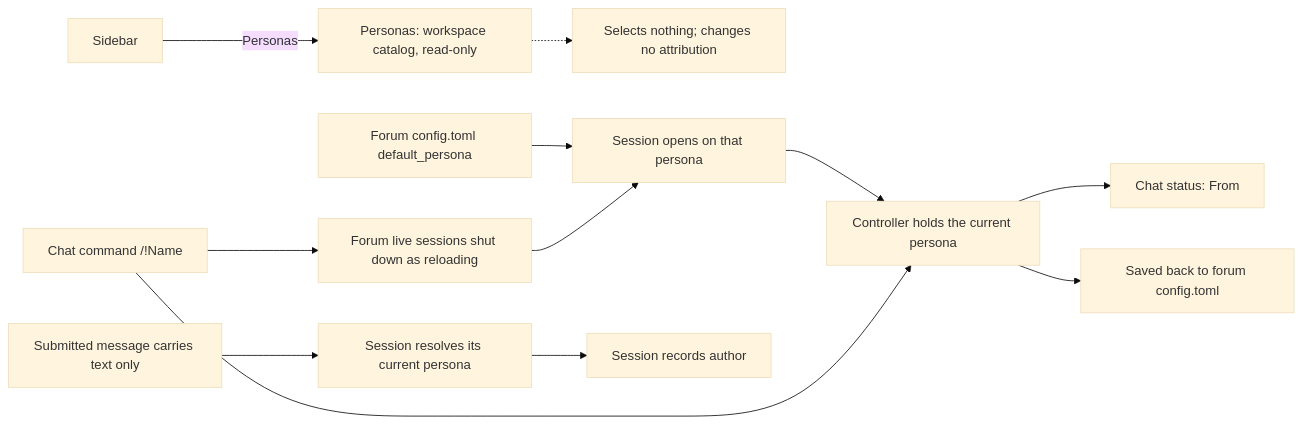
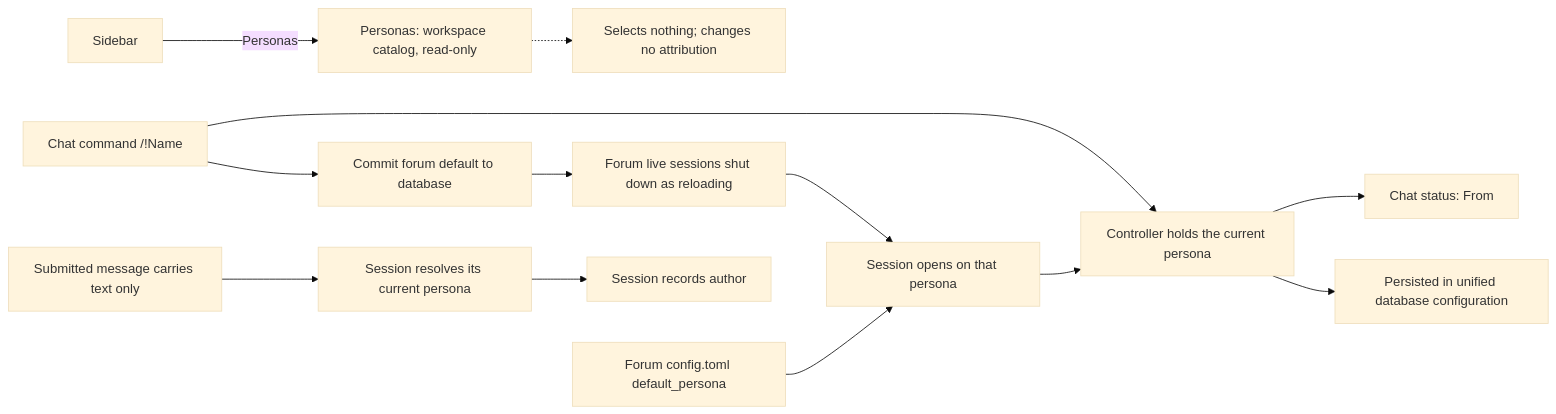
The fifth of 7 diagrams in docs/web-ui/flows.md (michaelpopov/cha), drawn with Mermaid (base theme) before and after one commit. The commit also changed other lines of this file and 43 other files, not shown here.

````diff
--- a/docs/web-ui/flows.md
+++ b/docs/web-ui/flows.md
@@ -88,14 +87,15 @@
 ```mermaid
 flowchart LR
     Sidebar["Sidebar"] -->|"Personas"| Personas["Personas: workspace catalog, read-only"]
     Personas -.-> Nothing["Selects nothing; changes no attribution"]
     Config["Forum config.toml default_persona"] --> Open["Session opens on that persona"]
     Open --> Current["Controller holds the current persona"]
     Command["Chat command /!Name"] --> Current
-    Command --> Reload["Forum live sessions shut down as reloading"]
-    Reload --> Open
+    Command --> Commit["Commit forum default to database"]
+    Commit --> Restart["Forum live sessions shut down as reloading"]
+    Restart --> Open
     Current --> Status["Chat status: From"]
-    Current --> Save["Saved back to forum config.toml"]
+    Current --> Save["Persisted in unified database configuration"]
     Submit["Submitted message carries text only"] --> Resolve["Session resolves its current persona"]
     Resolve --> Session["Session records author"]
 ```
````
